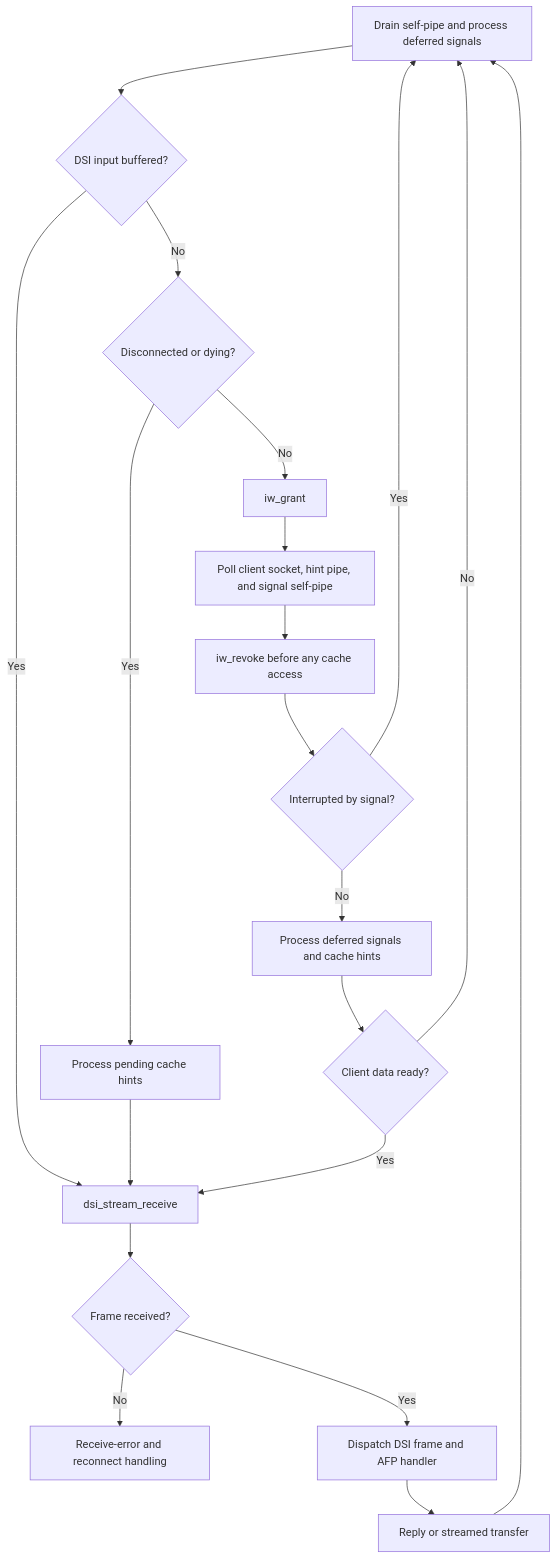
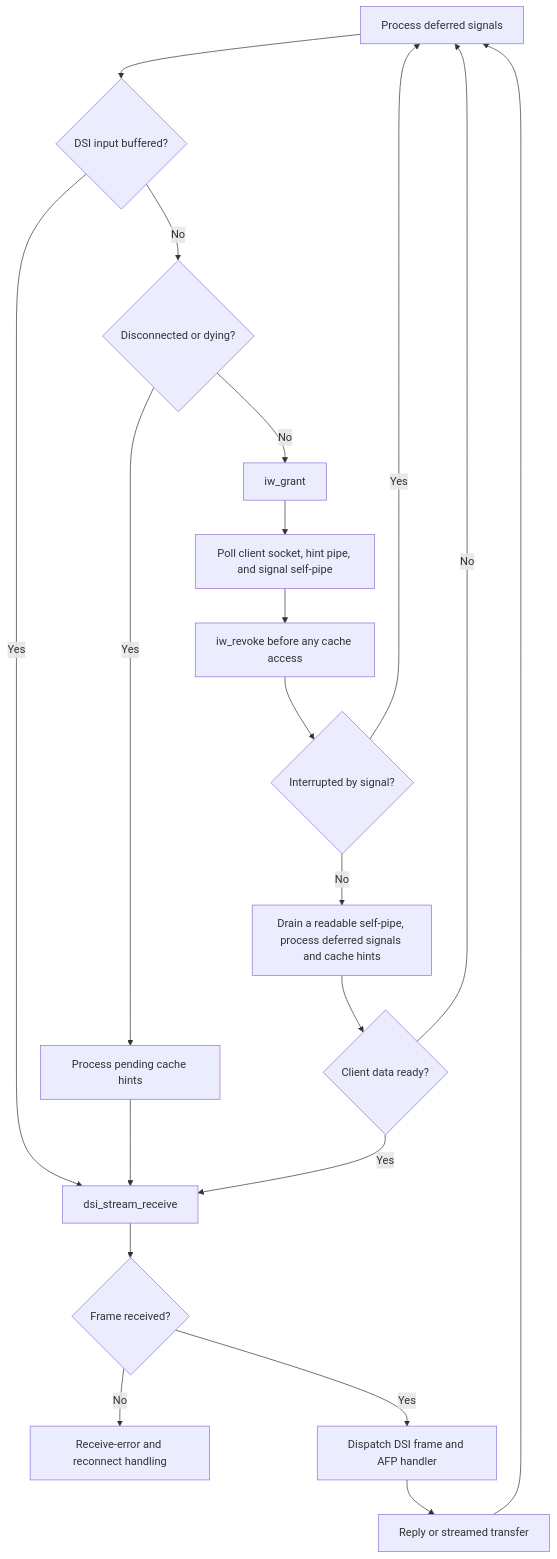
One commit to Netatalk/netatalk changed the fourth of 4 diagrams in doc/developer/afpd.md. Above: the diagram before and after it, drawn with Mermaid. The commit also changed other lines of this file and 50 other files, not shown here.

````diff
--- a/doc/developer/afpd.md
+++ b/doc/developer/afpd.md
@@ -154,23 +158,23 @@
 ```mermaid
 flowchart TD
-    Signals[Drain self-pipe and process deferred signals]
+    Signals[Process deferred signals]
     Signals --> Buffered{DSI input buffered?}
     Buffered -->|Yes| Receive[dsi_stream_receive]
     Buffered -->|No| State{Disconnected or dying?}
     State -->|Yes| Hints[Process pending cache hints]
     Hints --> Receive
     State -->|No| Grant[iw_grant]
     Grant --> Poll[Poll client socket, hint pipe, and signal self-pipe]
     Poll --> Revoke[iw_revoke before any cache access]
     Revoke --> Interrupted{Interrupted by signal?}
     Interrupted -->|Yes| Signals
-    Interrupted -->|No| Ready[Process deferred signals and cache hints]
+    Interrupted -->|No| Ready[Drain a readable self-pipe, process deferred signals and cache hints]
     Ready --> Socket{Client data ready?}
     Socket -->|No| Signals
     Socket -->|Yes| Receive
     Receive --> Frame{Frame received?}
     Frame -->|No| Transition[Receive-error and reconnect handling]
     Frame -->|Yes| Dispatch[Dispatch DSI frame and AFP handler]
     Dispatch --> Reply[Reply or streamed transfer]
     Reply --> Signals
 ```
````
